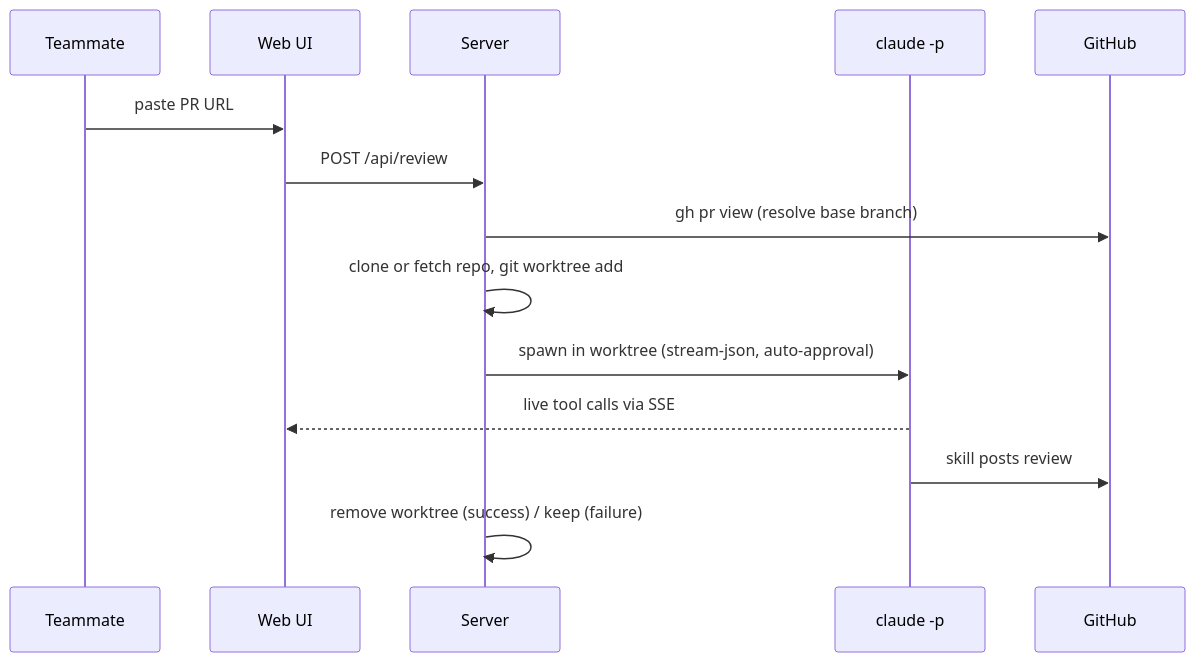
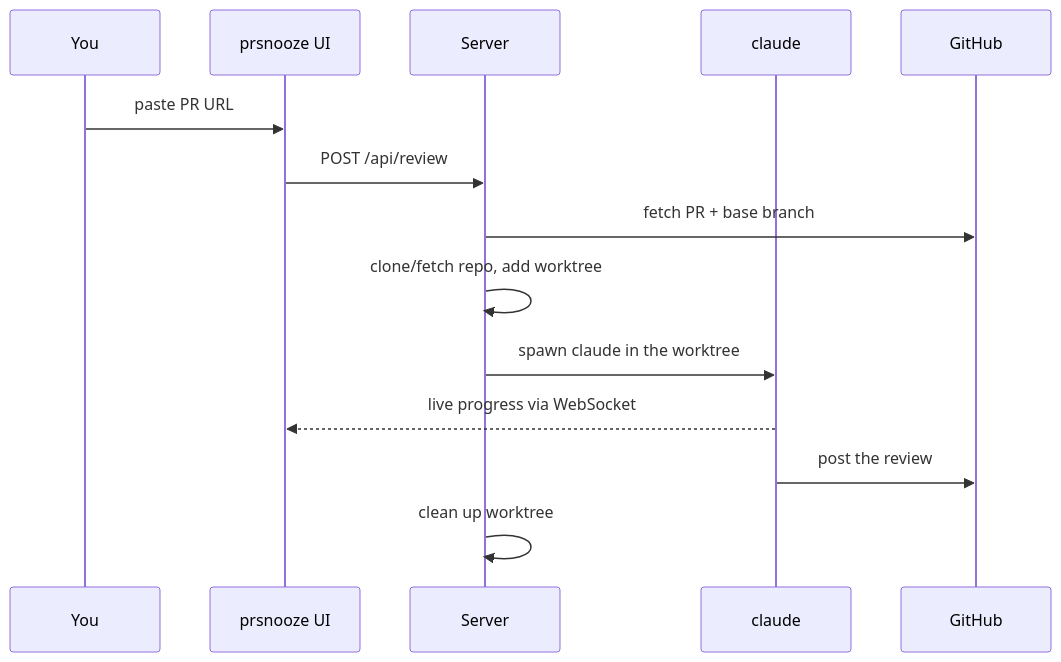
Before and after one commit to mahsanamin/prsnooze: the diagram in README.md, drawn with Mermaid. The commit also changed other lines of this file, not shown here.

````diff
--- a/README.md
+++ b/README.md
@@ -30,17 +84,17 @@
 ```mermaid
 sequenceDiagram
-  participant U as Teammate
-  participant W as Web UI
+  participant U as You
+  participant W as prsnooze UI
   participant S as Server
-  participant CL as claude -p
+  participant CL as claude
   participant GH as GitHub
 
   U->>W: paste PR URL
   W->>S: POST /api/review
-  S->>GH: gh pr view (resolve base branch)
-  S->>S: clone or fetch repo, git worktree add
-  S->>CL: spawn in worktree (stream-json, auto-approval)
-  CL-->>W: live tool calls via SSE
-  CL->>GH: skill posts review
-  S->>S: remove worktree (success) / keep (failure)
+  S->>GH: fetch PR + base branch
+  S->>S: clone/fetch repo, add worktree
+  S->>CL: spawn claude in the worktree
+  CL-->>W: live progress via WebSocket
+  CL->>GH: post the review
+  S->>S: clean up worktree
 ```
````
